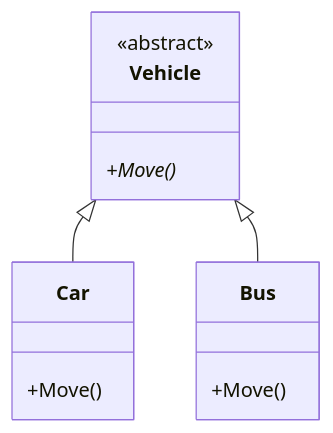
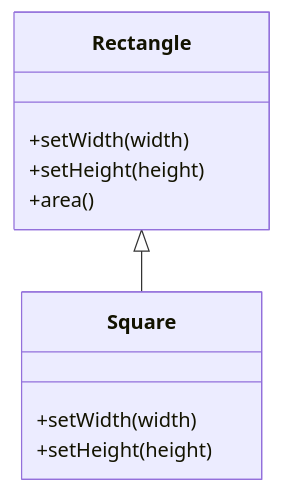
The ninth of 17 diagrams in lectures/Lec1/vitepress.md (Kert0n/KPO), drawn with Mermaid before and after one commit. The commit also changed other lines of this file and 3 other files, not shown here.

````diff
--- a/lectures/Lec1/vitepress.md
+++ b/lectures/Lec1/vitepress.md
@@ -444,15 +797,13 @@
 ```mermaid
 classDiagram
-    class Vehicle {
-        <<abstract>>
-        +Move()*
+    class Rectangle {
+        +setWidth(width)
+        +setHeight(height)
+        +area()
     }
-    class Car {
-        +Move()
+    class Square {
+        +setWidth(width)
+        +setHeight(height)
     }
-    class Bus {
-        +Move()
-    }
-    Vehicle <|-- Car
-    Vehicle <|-- Bus
+    Rectangle <|-- Square
 ```
````
